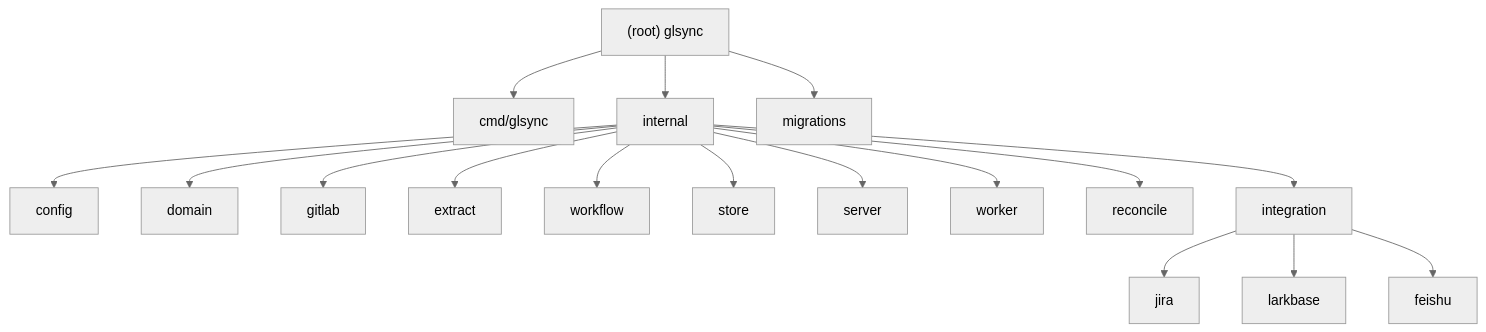
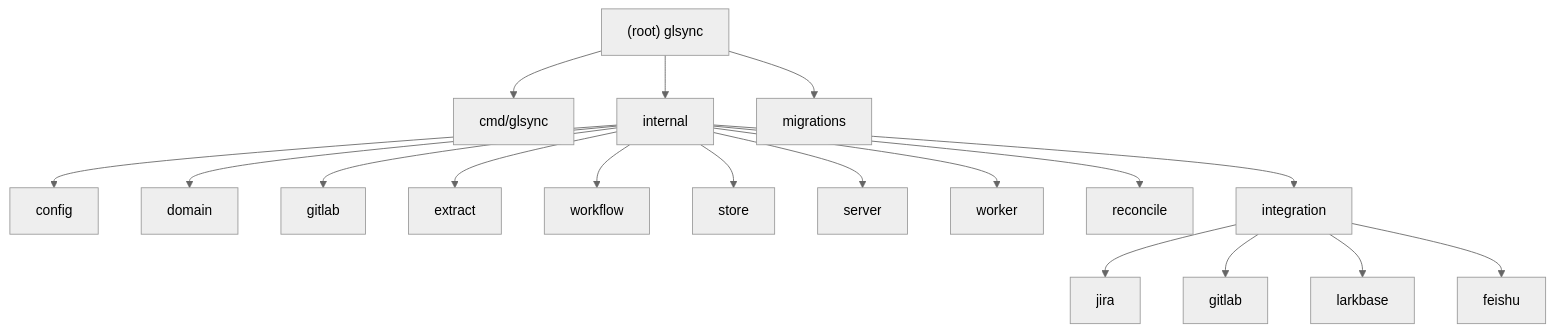
One commit to mavolty/glsync changed the diagram in CLAUDE.md. Above: the diagram before and after it, drawn with Mermaid (neutral theme). The commit also changed other lines of this file and 13 other files, not shown here.

First line of the commit message:
refactor: simplify architecture — 14 packages → 8

````diff
--- a/CLAUDE.md
+++ b/CLAUDE.md
@@ -43,33 +43,20 @@
 ```mermaid
 graph TD
     A["(root) glsync"] --> B["cmd/glsync"]
     A --> C["internal"]
     C --> D["config"]
     C --> E["domain"]
     C --> F["gitlab"]
     C --> G["extract"]
     C --> H["workflow"]
     C --> I["store"]
     C --> J["server"]
     C --> K["worker"]
     C --> L["reconcile"]
     C --> M["integration"]
     M --> N["jira"]
-    M --> O["larkbase"]
-    M --> P["feishu"]
-    A --> Q["migrations"]
-
-    click B "./cmd/glsync/CLAUDE.md" "Entry point"
-    click D "./internal/config/CLAUDE.md" "Configuration"
-    click E "./internal/domain/CLAUDE.md" "Domain types"
-    click F "./internal/gitlab/CLAUDE.md" "GitLab webhook parsing"
-    click G "./internal/extract/CLAUDE.md" "Issue key extraction"
-    click H "./internal/workflow/CLAUDE.md" "Workflow rules & due-date"
-    click I "./internal/store/CLAUDE.md" "PostgreSQL repositories"
-    click J "./internal/server/CLAUDE.md" "HTTP server & handlers"
-    click K "./internal/worker/CLAUDE.md" "Job processor & executor"
-    click L "./internal/reconcile/CLAUDE.md" "Stuck-job reconciler"
-    click N "./internal/integration/jira/CLAUDE.md" "Jira REST API client"
-    click O "./internal/integration/larkbase/CLAUDE.md" "Lark Base stub"
-    click P "./internal/integration/feishu/CLAUDE.md" "Feishu stub"
+    M --> O["gitlab"]
+    M --> P["larkbase"]
+    M --> Q["feishu"]
+    A --> R["migrations"]
 ```
````
